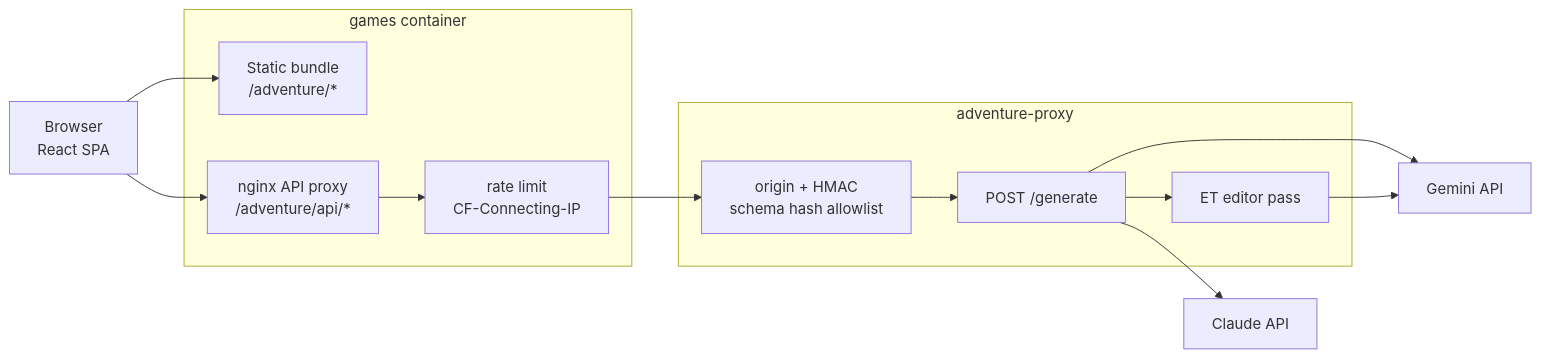
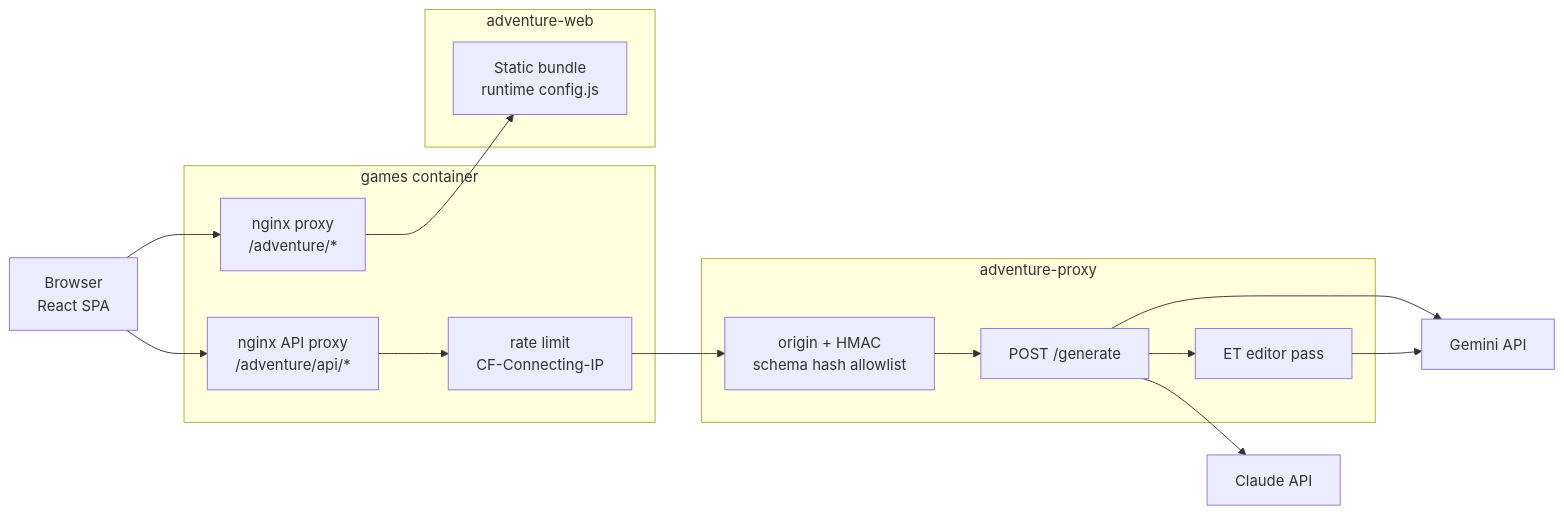
The second of 4 diagrams in docs/ARCHITECTURE.md (khelias/khe-ai-adventure), drawn with Mermaid before and after one commit. The commit also changed other lines of this file and 6 other files, not shown here.

````diff
--- a/docs/ARCHITECTURE.md
+++ b/docs/ARCHITECTURE.md
@@ -45,29 +45,34 @@
 ```mermaid
 flowchart LR
     Browser["Browser<br/>React SPA"]
 
     subgraph Games["games container"]
-        Static["Static bundle<br/>/adventure/*"]
+        NginxWeb["nginx proxy<br/>/adventure/*"]
         NginxApi["nginx API proxy<br/>/adventure/api/*"]
         RateLimit["rate limit<br/>CF-Connecting-IP"]
+    end
+
+    subgraph WebC["adventure-web"]
+        Static["Static bundle<br/>runtime config.js"]
     end
 
     subgraph Proxy["adventure-proxy"]
         Guard["origin + HMAC<br/>schema hash allowlist"]
         Generate["POST /generate"]
         Editor["ET editor pass"]
     end
 
     Gemini["Gemini API"]
     Claude["Claude API"]
 
-    Browser --> Static
+    Browser --> NginxWeb
+    NginxWeb --> Static
     Browser --> NginxApi
     NginxApi --> RateLimit
     RateLimit --> Guard
     Guard --> Generate
     Generate --> Gemini
     Generate --> Claude
     Generate --> Editor
     Editor --> Gemini
 ```
````
